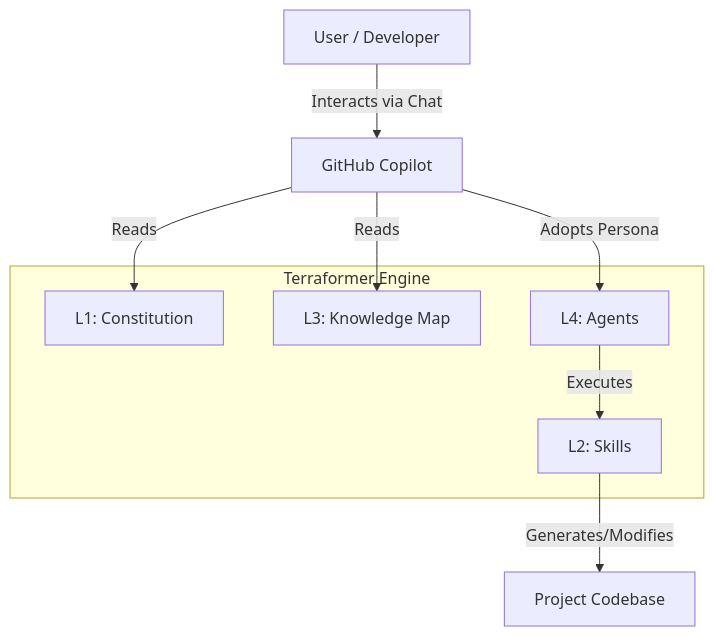
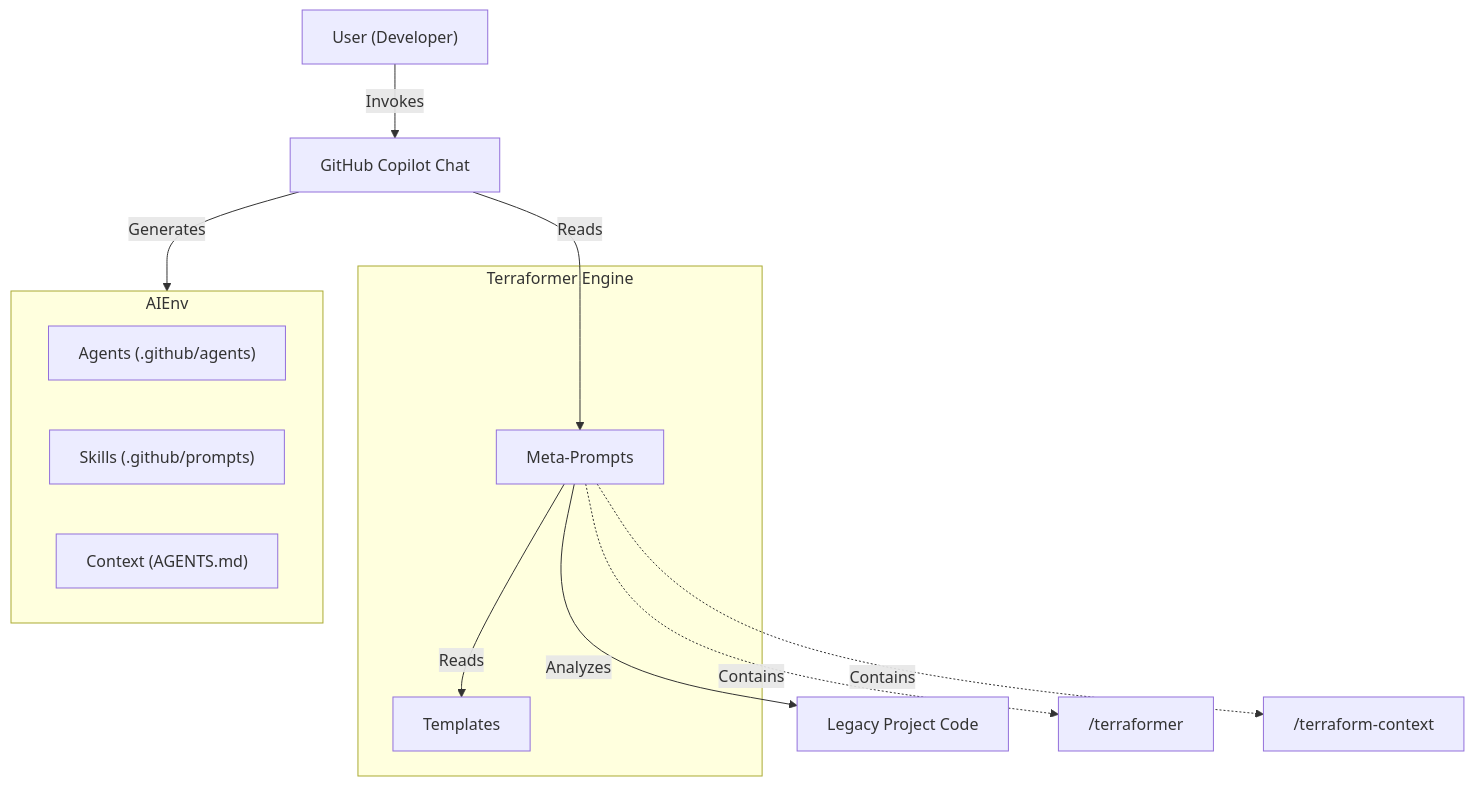
The diagram in agents-docs/architecture.md (LongbowXXX/terraformer), drawn with Mermaid before and after one commit. The commit also changed other lines of this file and 7 other files, not shown here.

Commit message:
feat: Add AI agent knowledge base documentation and core Terraformer prompt definitions.

````diff
--- a/agents-docs/architecture.md
+++ b/agents-docs/architecture.md
@@ -34,16 +38,24 @@
 ```mermaid
 graph TD
-    User[User / Developer] -->|Interacts via Chat| Copilot[GitHub Copilot]
-    Copilot -->|Reads| L1[L1: Constitution]
-    Copilot -->|Reads| L3[L3: Knowledge Map]
-    Copilot -->|Adopts Persona| L4[L4: Agents]
-    L4 -->|Executes| L2[L2: Skills]
-    L2 -->|Generates/Modifies| Code[Project Codebase]
+    User["User (Developer)"] -->|Invokes| Copilot["GitHub Copilot Chat"]
 
     subgraph Terraformer Engine
-        L1
-        L2
-        L3
-        L4
+        MetaPrompts[Meta-Prompts]
+        Templates[Templates]
     end
+
+    Copilot -->|Reads| MetaPrompts
+    MetaPrompts -->|Reads| Templates
+    MetaPrompts -->|Analyzes| LegacyCode["Legacy Project Code"]
+
+    Copilot -->|Generates| AIEnv["AI-Native Environment"]
+
+    subgraph AIEnv
+        Agents["Agents (.github/agents)"]
+        Skills["Skills (.github/prompts)"]
+        Context["Context (AGENTS.md)"]
+    end
+
+    MetaPrompts -.->|Contains| TerraformPrompt["/terraformer"]
+    MetaPrompts -.->|Contains| ContextPrompt["/terraform-context"]
 ```
````
